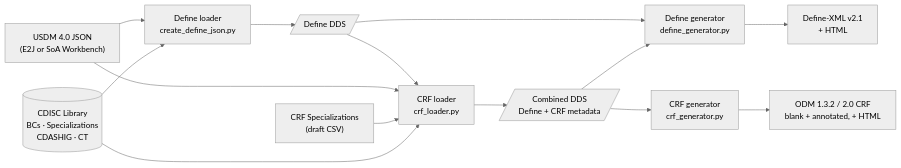
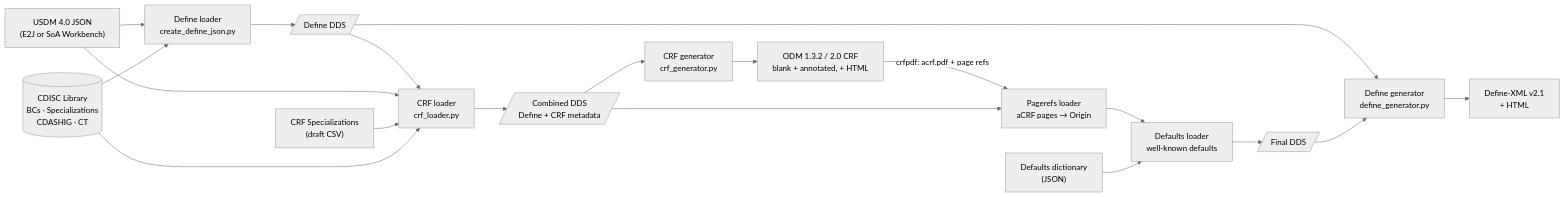
The diagram in README.md (cdisc-org/data-definition-engine), drawn with Mermaid (neutral theme) before and after one commit. The commit also changed other lines of this file and 32 other files, not shown here.

Commit message:
adds well known defaults to pipeline

````diff
--- a/README.md
+++ b/README.md
@@ -46,30 +46,39 @@
 ```mermaid
 flowchart LR
     USDM["USDM 4.0 JSON<br/>(E2J or SoA Workbench)"]
     LIB[("CDISC Library<br/>BCs · Specializations<br/>CDASHIG · CT")]
     CSV["CRF Specializations<br/>(draft CSV)"]
+    DICT["Defaults dictionary<br/>(JSON)"]
 
     DL["Define loader<br/>create_define_json.py"]
     CL["CRF loader<br/>crf_loader.py"]
     DDS[/"Define DDS"/]
     CDDS[/"Combined DDS<br/>Define + CRF metadata"/]
+    PR["Pagerefs loader<br/>aCRF pages → Origin"]
+    DFL["Defaults loader<br/>well-known defaults"]
+    FDDS[/"Final DDS"/]
 
     DG["Define generator<br/>define_generator.py"]
     CG["CRF generator<br/>crf_generator.py"]
     DX["Define-XML v2.1<br/>+ HTML"]
     ODM["ODM 1.3.2 / 2.0 CRF<br/>blank + annotated, + HTML"]
 
     USDM --> DL
     LIB --> DL
     DL --> DDS
     DDS --> CL
     USDM --> CL
     CSV --> CL
     LIB --> CL
     CL --> CDDS
     DDS --> DG
-    CDDS --> DG
     CDDS --> CG
+    CG --> ODM
+    ODM -- "crfpdf: acrf.pdf + page refs" --> PR
+    CDDS --> PR
+    PR --> DFL
+    DICT --> DFL
+    DFL --> FDDS
+    FDDS --> DG
     DG --> DX
-    CG --> ODM
 ```
````
